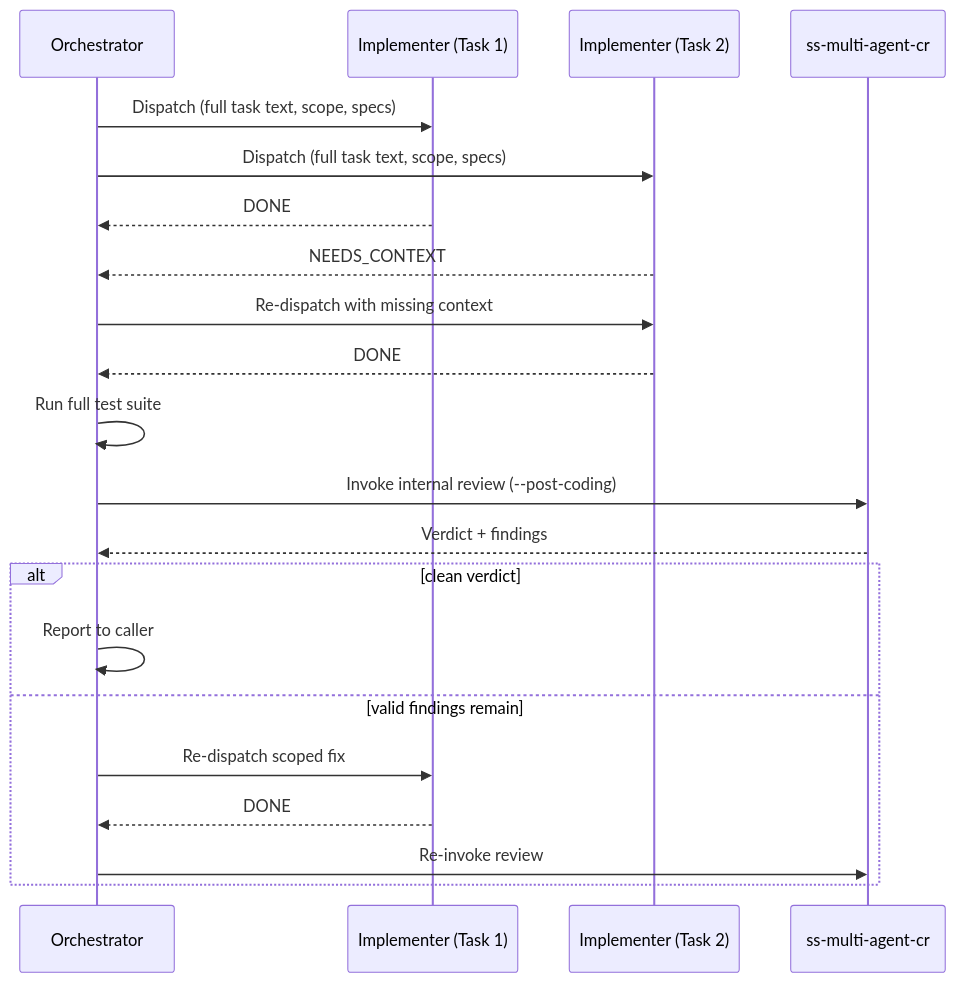
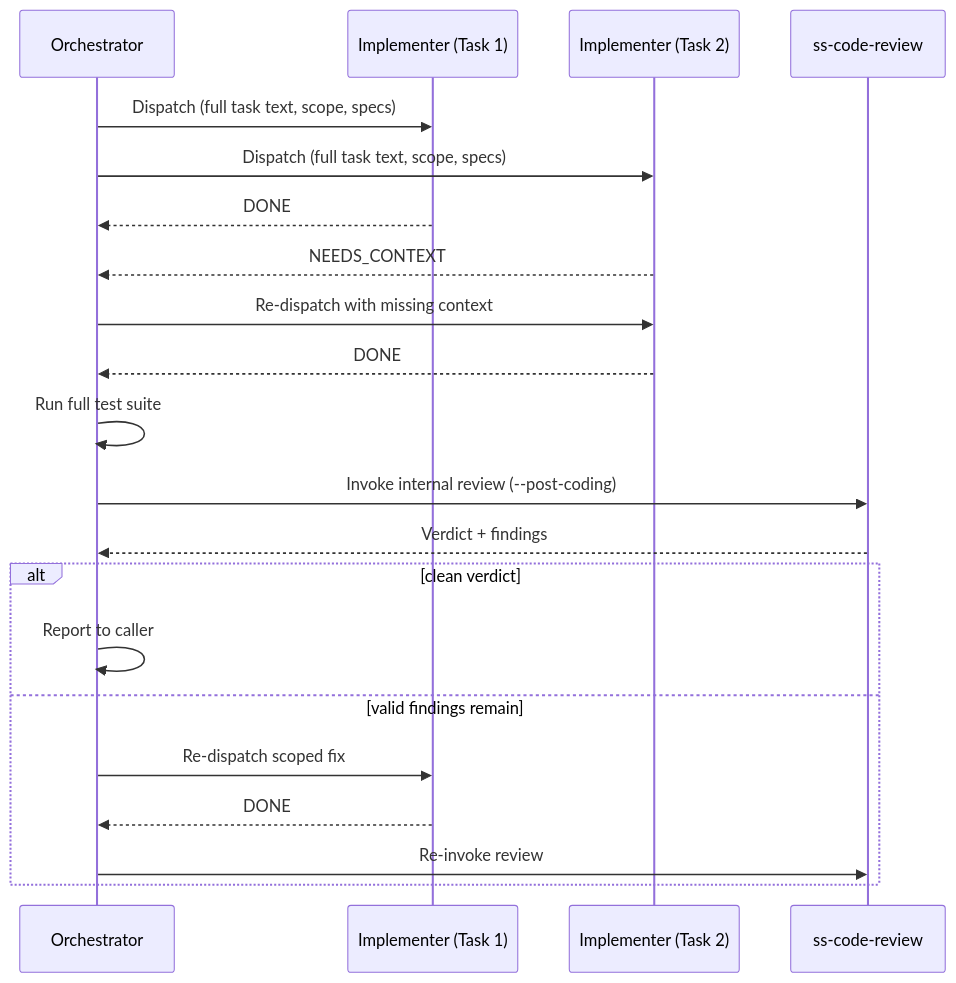
Before and after one commit to lbk-open/super-spec: the diagram in docs/multi-agent.md, drawn with Mermaid. The commit also changed other lines of this file and 26 other files, not shown here.

````diff
--- a/docs/multi-agent.md
+++ b/docs/multi-agent.md
@@ -17,24 +17,24 @@
 ```mermaid
 sequenceDiagram
     participant O as Orchestrator
     participant I1 as Implementer (Task 1)
     participant I2 as Implementer (Task 2)
-    participant R as ss-multi-agent-cr
+    participant R as ss-code-review
 
     O->>I1: Dispatch (full task text, scope, specs)
     O->>I2: Dispatch (full task text, scope, specs)
     I1-->>O: DONE
     I2-->>O: NEEDS_CONTEXT
     O->>I2: Re-dispatch with missing context
     I2-->>O: DONE
     O->>O: Run full test suite
     O->>R: Invoke internal review (--post-coding)
     R-->>O: Verdict + findings
     alt clean verdict
         O->>O: Report to caller
     else valid findings remain
         O->>I1: Re-dispatch scoped fix
         I1-->>O: DONE
         O->>R: Re-invoke review
     end
 ```
````
